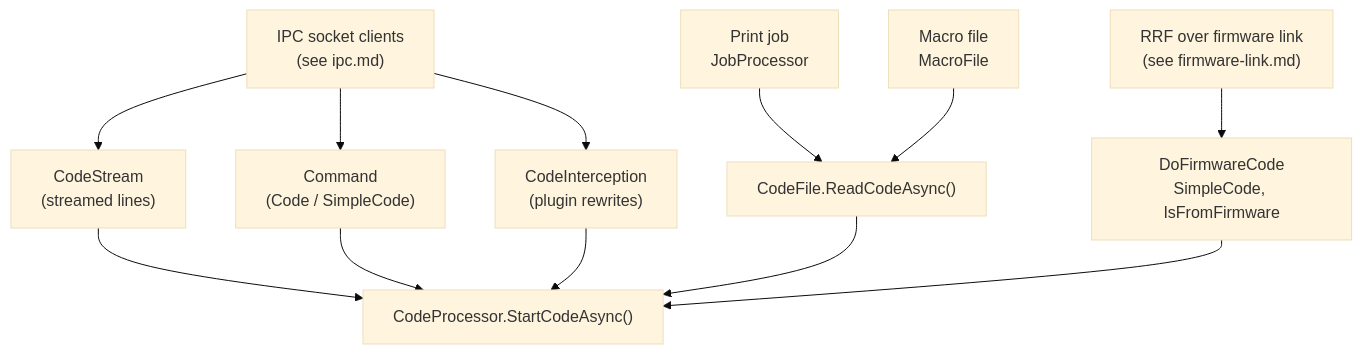
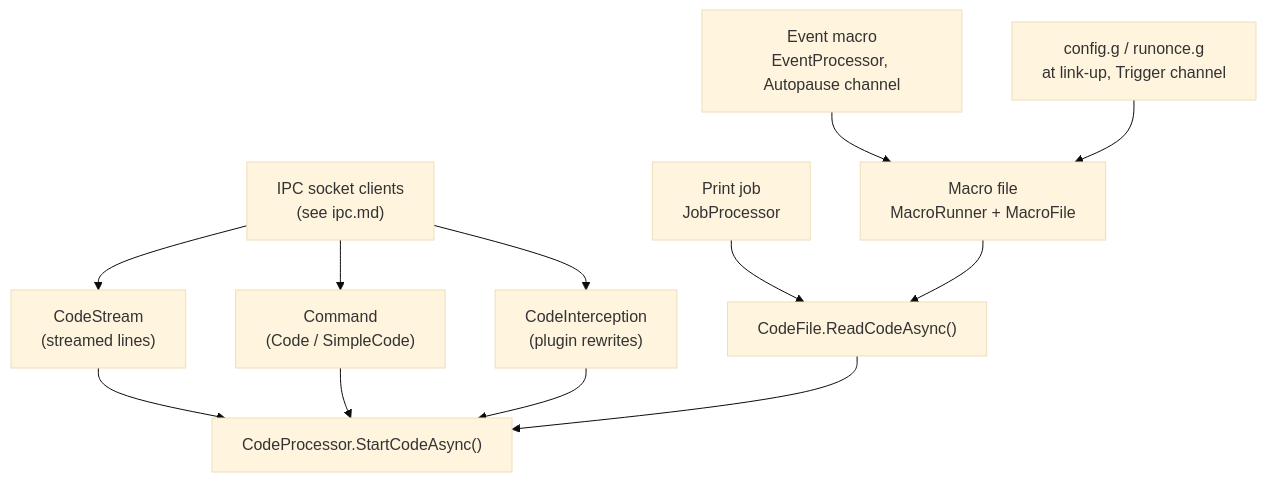
Before and after one commit to Duet3D/DuetSoftwareFramework: the first of 3 diagrams in src/Documentation/articles/gcode-flow.md, drawn with Mermaid (base theme). The commit also changed other lines of this file and 8 other files, not shown here.

````diff
--- a/src/Documentation/articles/gcode-flow.md
+++ b/src/Documentation/articles/gcode-flow.md
@@ -64,19 +65,19 @@
 ```mermaid
 flowchart TD
     IPC["IPC socket clients<br/>(see ipc.md)"] --> CSTREAM["CodeStream<br/>(streamed lines)"]
     IPC --> CMD["Command<br/>(Code / SimpleCode)"]
     IPC --> INTERCEPT["CodeInterception<br/>(plugin rewrites)"]
 
     FILEJOB["Print job<br/>JobProcessor"] --> CODEFILE["CodeFile.ReadCodeAsync()"]
-    MACRO["Macro file<br/>MacroFile"] --> CODEFILE
+    MACRO["Macro file<br/>MacroRunner + MacroFile"] --> CODEFILE
 
-    FWREQ["RRF over firmware link<br/>(see firmware-link.md)"] --> SIMPLE["DoFirmwareCode<br/>SimpleCode, IsFromFirmware"]
+    EVENT["Event macro<br/>EventProcessor, Autopause channel"] --> MACRO
+    STARTUP["config.g / runonce.g<br/>at link-up, Trigger channel"] --> MACRO
 
     CSTREAM --> START
     CMD --> START
     INTERCEPT --> START
     CODEFILE --> START
-    SIMPLE --> START
 
     START["CodeProcessor.StartCodeAsync()"]
 ```
````
